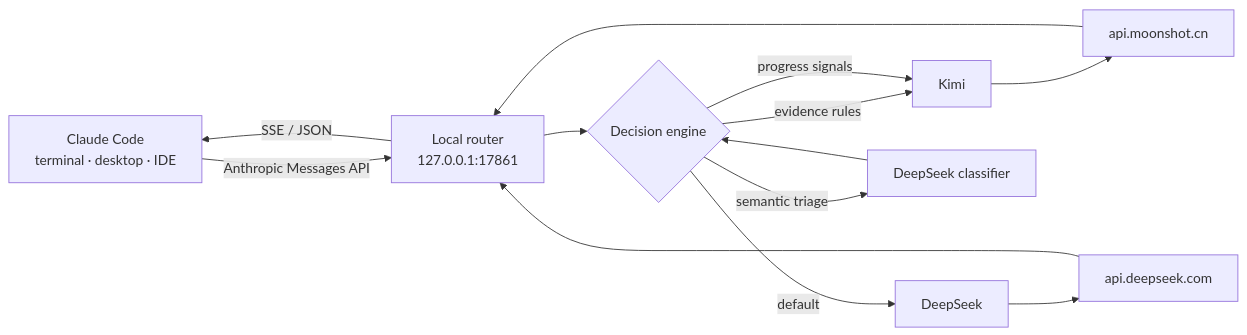
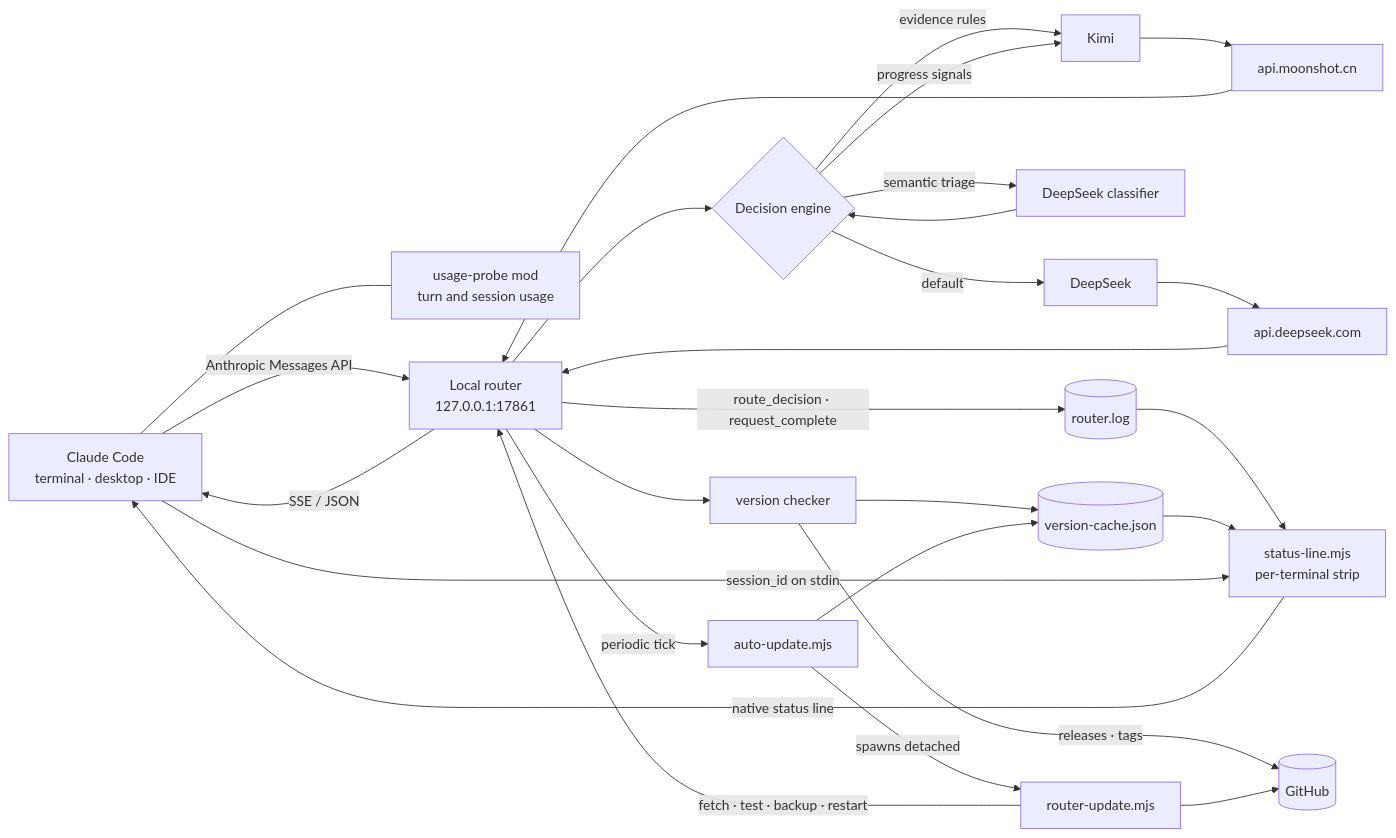
The diagram in README.md (dragonxia-ctrl/claude-model-router), drawn with Mermaid before and after one commit. The commit also changed other lines of this file and 16 other files, not shown here.

First line of the commit message:
v1.6.1: fix false Kimi overrides, probe 400s, and status line stability (#11)

````diff
--- a/README.md
+++ b/README.md
@@ -61,15 +63,46 @@
 ```mermaid
 flowchart LR
-    A[Claude Code<br/>terminal · desktop · IDE] -->|Anthropic Messages API| B[Local router<br/>127.0.0.1:17861]
-    B --> C{Decision engine}
-    C -->|evidence rules| D[Kimi]
-    C -->|default| E[DeepSeek]
-    C -->|progress signals| D
-    C -->|semantic triage| F[DeepSeek classifier]
-    F --> C
-    D --> G[api.moonshot.cn]
-    E --> H[api.deepseek.com]
-    G --> B
-    H --> B
-    B -->|SSE / JSON| A
+    CC[Claude Code<br/>terminal · desktop · IDE]
+    MOD[usage-probe mod<br/>turn and session usage]
+    R[Local router<br/>127.0.0.1:17861]
+    DE{Decision engine}
+    K[Kimi]
+    DS[DeepSeek]
+    CL[DeepSeek classifier]
+    MOON[api.moonshot.cn]
+    DEEP[api.deepseek.com]
+    LOG[(router.log)]
+    VC[(version-cache.json)]
+    SL[status-line.mjs<br/>per-terminal strip]
+    VCHK[version checker]
+    AU[auto-update.mjs]
+    UP[router-update.mjs]
+    GH[(GitHub)]
+
+    CC -->|Anthropic Messages API| R
+    CC --- MOD
+    R --> DE
+    DE -->|evidence rules| K
+    DE -->|default| DS
+    DE -->|progress signals| K
+    DE -->|semantic triage| CL
+    CL --> DE
+    K --> MOON
+    DS --> DEEP
+    MOON --> R
+    DEEP --> R
+    R -->|SSE / JSON| CC
+    R -->|route_decision · request_complete| LOG
+    LOG --> SL
+    VC --> SL
+    CC -->|session_id on stdin| SL
+    SL -->|native status line| CC
+    R --> VCHK
+    VCHK -->|releases · tags| GH
+    VCHK --> VC
+    R -->|periodic tick| AU
+    AU -->|spawns detached| UP
+    UP -->|fetch · test · backup · restart| R
+    UP --> GH
+    AU --> VC
 ```
````
